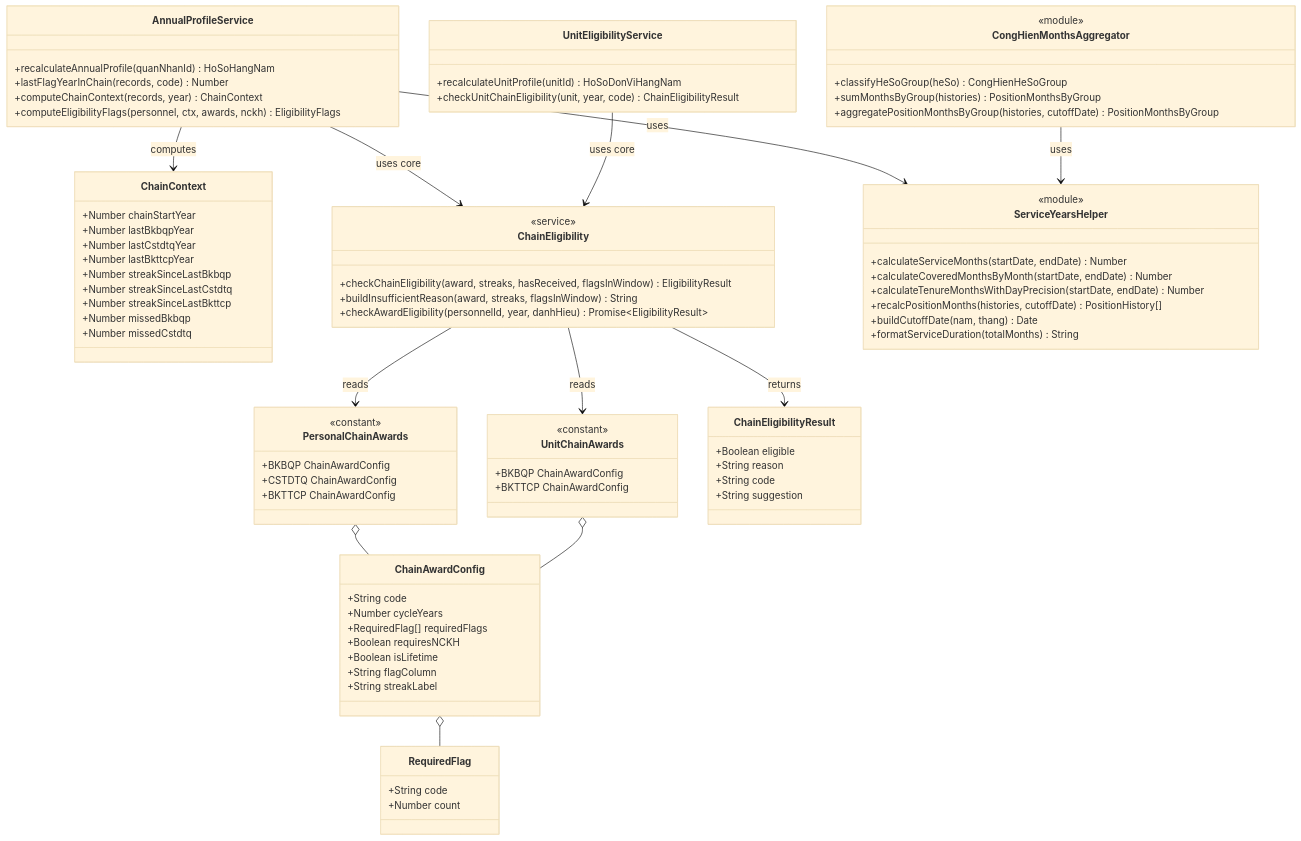
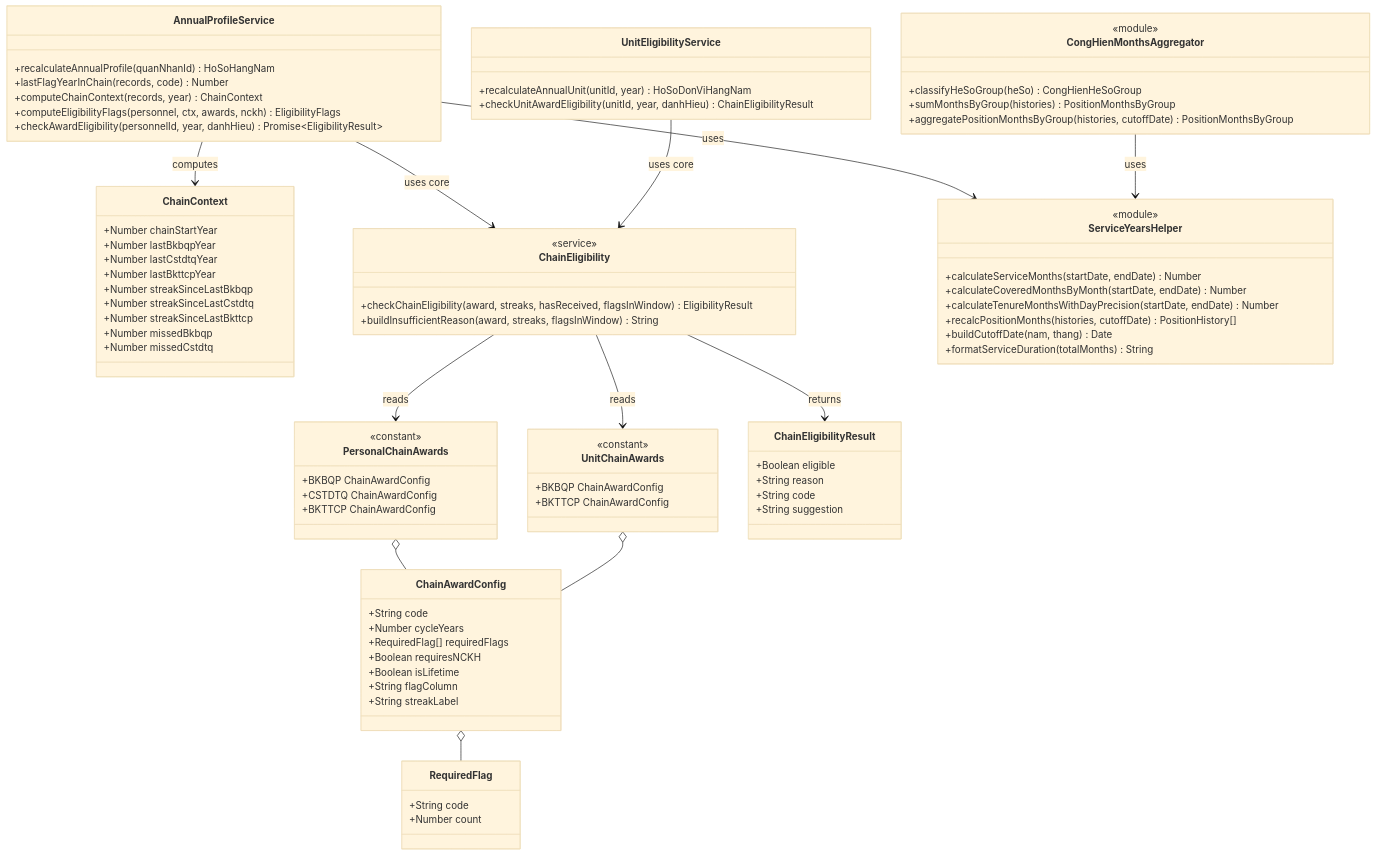
The third of 5 diagrams in docs/diagrams/04-class.md (tranducbk/DATN_PM_QLKT), drawn with Mermaid (base theme) before and after one commit. The commit also changed other lines of this file and 29 other files, not shown here.

First line of the commit message:
Update CLAUDE.md with additional validation rules and introduce new database schema

```diff
--- a/docs/diagrams/04-class.md
+++ b/docs/diagrams/04-class.md
@@ -296,7 +294,6 @@
         <<service>>
         +checkChainEligibility(award, streaks, hasReceived, flagsInWindow) EligibilityResult
         +buildInsufficientReason(award, streaks, flagsInWindow) String
-        +checkAwardEligibility(personnelId, year, danhHieu) Promise~EligibilityResult~
     }
 
     class AnnualProfileService {
@@ -304,11 +301,12 @@
         +lastFlagYearInChain(records, code) Number
         +computeChainContext(records, year) ChainContext
         +computeEligibilityFlags(personnel, ctx, awards, nckh) EligibilityFlags
+        +checkAwardEligibility(personnelId, year, danhHieu) Promise~EligibilityResult~
     }
 
     class UnitEligibilityService {
-        +recalculateUnitProfile(unitId) HoSoDonViHangNam
-        +checkUnitChainEligibility(unit, year, code) ChainEligibilityResult
+        +recalculateAnnualUnit(unitId, year) HoSoDonViHangNam
+        +checkUnitAwardEligibility(unitId, year, danhHieu) ChainEligibilityResult
     }
 
     class CongHienMonthsAggregator {
```
